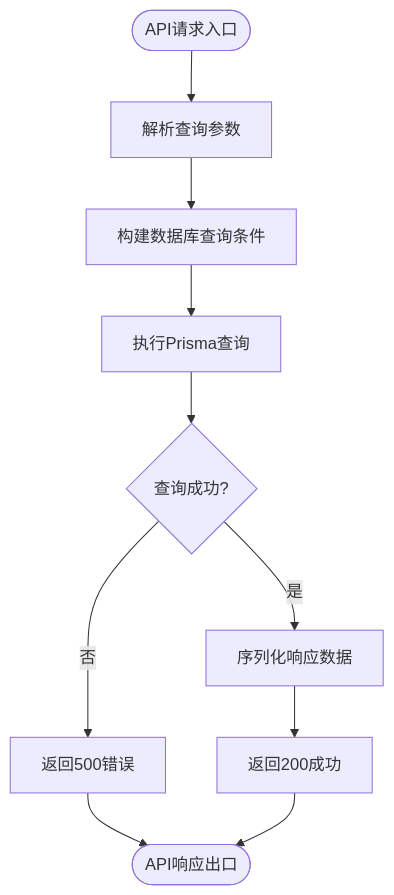
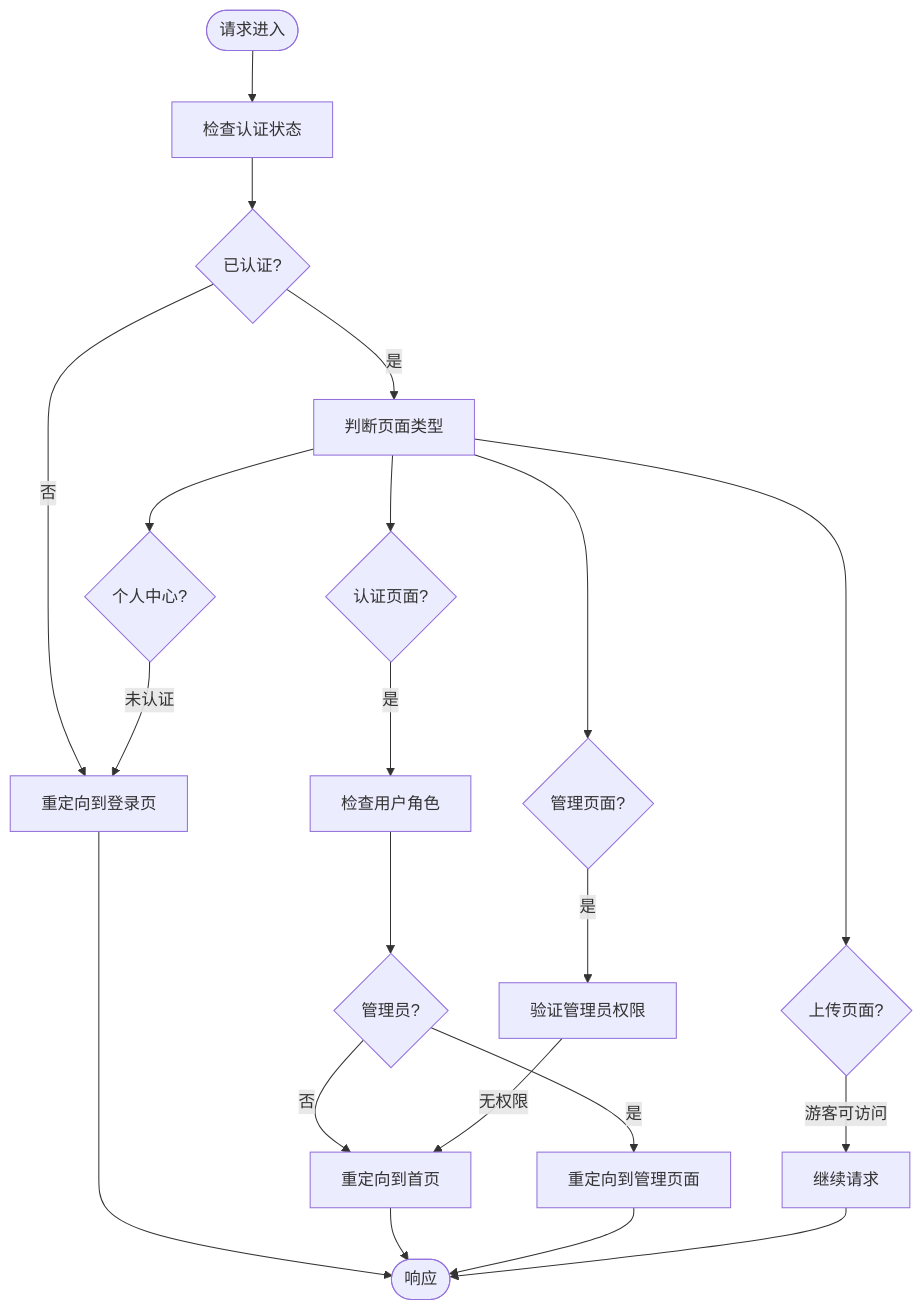
One commit to Eyre921/yunqi changed the fourth of 6 diagrams in .qoder/repowiki/zh/content/后端架构/后端架构.md. Above: the diagram before and after it, drawn with Mermaid. The commit also changed other lines of this file and 24 other files, not shown here.

````diff
--- a/.qoder/repowiki/zh/content/后端架构/后端架构.md
+++ b/.qoder/repowiki/zh/content/后端架构/后端架构.md
@@ -142,12 +132,23 @@
 ```mermaid
 flowchart TD
-Start([API请求入口]) --> ParseParams["解析查询参数"]
-ParseParams --> BuildQuery["构建数据库查询条件"]
-BuildQuery --> ExecuteQuery["执行Prisma查询"]
-ExecuteQuery --> HandleError{"查询成功?"}
-HandleError --> |否| ReturnError["返回500错误"]
-HandleError --> |是| SerializeData["序列化响应数据"]
-SerializeData --> ReturnSuccess["返回200成功"]
-ReturnError --> End([API响应出口])
-ReturnSuccess --> End
+Start([请求进入]) --> AuthCheck["检查认证状态"]
+AuthCheck --> IsAuth{"已认证?"}
+IsAuth --> |否| RedirectLogin["重定向到登录页"]
+IsAuth --> |是| PageType["判断页面类型"]
+PageType --> IsAuthPage{"认证页面?"}
+IsAuthPage --> |是| RoleCheck["检查用户角色"]
+RoleCheck --> IsAdmin{"管理员?"}
+IsAdmin --> |是| RedirectAdmin["重定向到管理页面"]
+IsAdmin --> |否| RedirectHome["重定向到首页"]
+PageType --> IsAdminPage{"管理页面?"}
+IsAdminPage --> |是| CheckAdminRole["验证管理员权限"]
+CheckAdminRole --> |无权限| RedirectHome
+PageType --> IsProfilePage{"个人中心?"}
+IsProfilePage --> |未认证| RedirectLogin
+PageType --> IsUploadPage{"上传页面?"}
+IsUploadPage --> |游客可访问| Continue["继续请求"]
+RedirectLogin --> End([响应])
+RedirectHome --> End
+RedirectAdmin --> End
+Continue --> End
 ```
````
